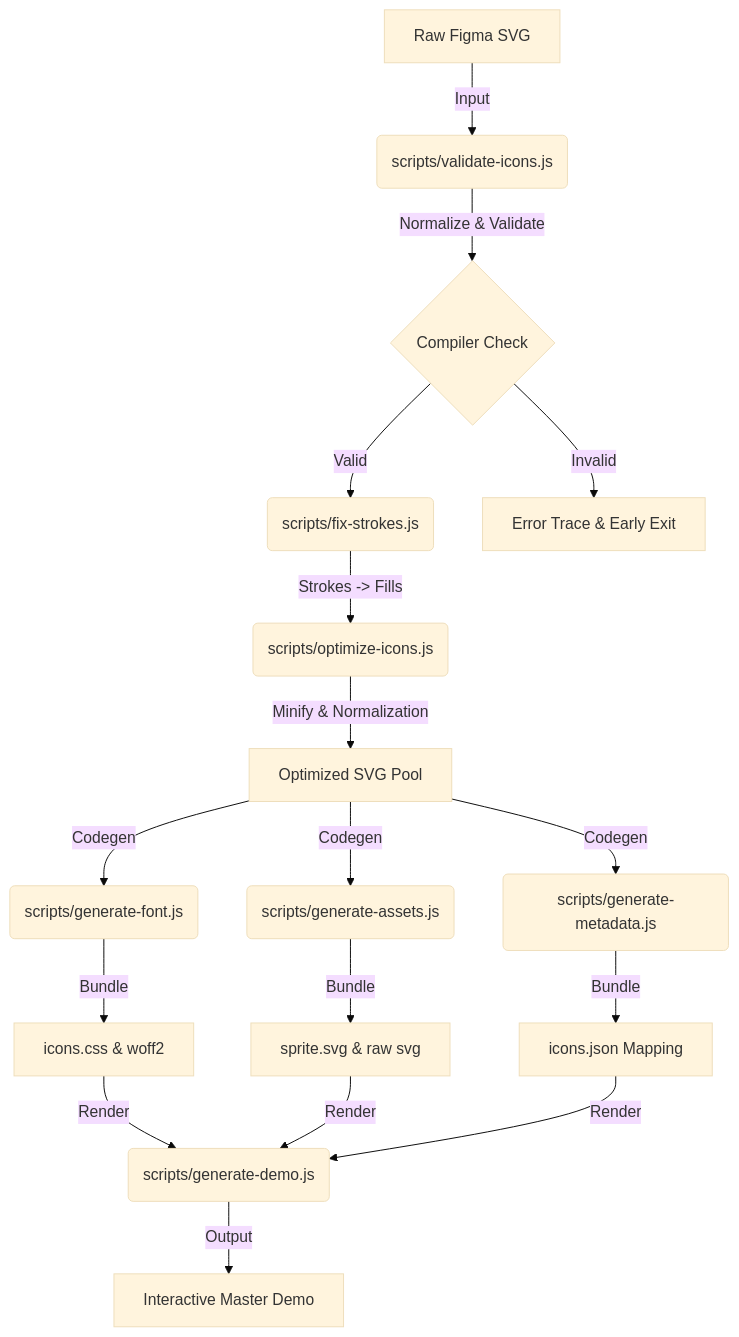
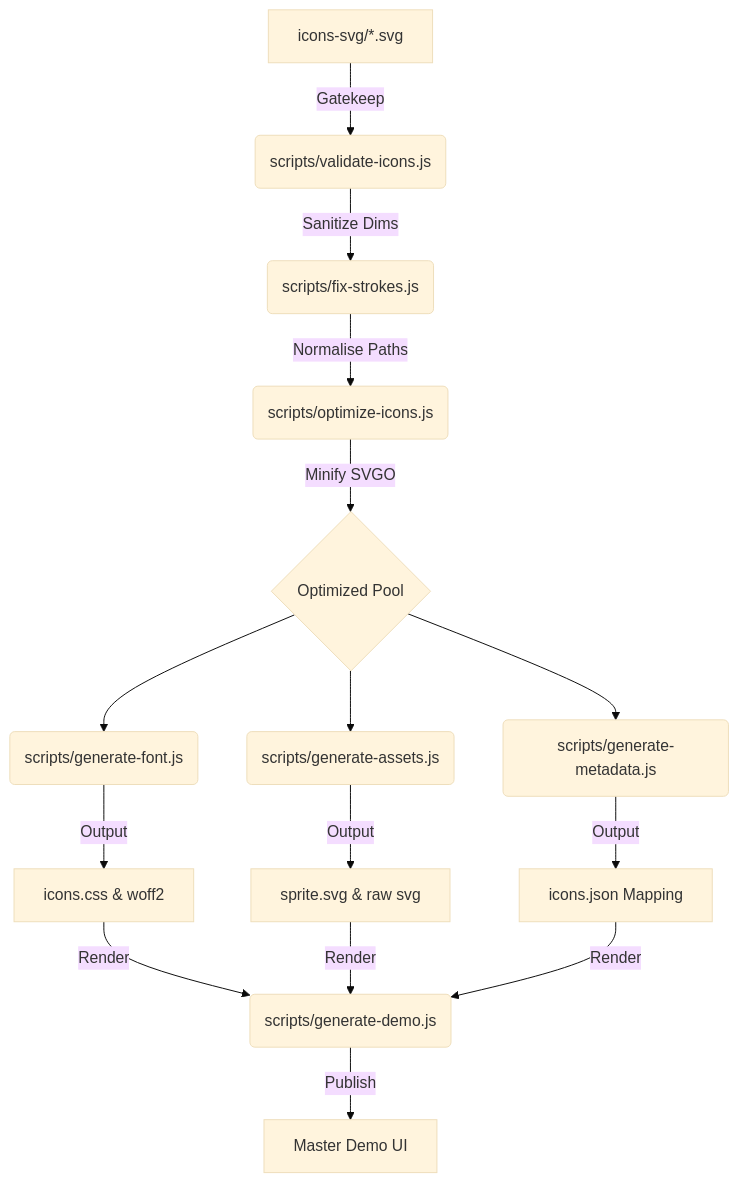
One commit to Ashish-raju/Master-Icon-Library changed the first of 2 diagrams in DOCUMENTATION.md. Above: the diagram before and after it, drawn with Mermaid (base theme). The commit also changed other lines of this file and 154 other files, not shown here.

Commit message:
docs: comprehensive senior-architect documentation sweep and final interaction states polish

````diff
--- a/DOCUMENTATION.md
+++ b/DOCUMENTATION.md
@@ -27,17 +24,18 @@
 ```mermaid
 graph TD
-    A[Raw Figma SVG] -->|Input| B(scripts/validate-icons.js)
-    B -->|Normalize & Validate| C{Compiler Check}
-    C -->|Valid| D(scripts/fix-strokes.js)
-    C -->|Invalid| E[Error Trace & Early Exit]
-    D -->|Strokes -> Fills| F(scripts/optimize-icons.js)
-    F -->|Minify & Normalization| G[Optimized SVG Pool]
-    G -->|Codegen| H(scripts/generate-font.js)
-    G -->|Codegen| I(scripts/generate-assets.js)
-    G -->|Codegen| J(scripts/generate-metadata.js)
-    H -->|Bundle| K[icons.css & woff2]
-    I -->|Bundle| L[sprite.svg & raw svg]
-    J -->|Bundle| M[icons.json Mapping]
-    K & L & M -->|Render| N(scripts/generate-demo.js)
-    N -->|Output| O[Interactive Master Demo]
+    A[icons-svg/*.svg] -->|Gatekeep| B(scripts/validate-icons.js)
+    B -->|Sanitize Dims| C(scripts/fix-strokes.js)
+    C -->|Normalise Paths| D(scripts/optimize-icons.js)
+    D -->|Minify SVGO| E{Optimized Pool}
+    
+    E --> F(scripts/generate-font.js)
+    E --> G(scripts/generate-assets.js)
+    E --> H(scripts/generate-metadata.js)
+    
+    F -->|Output| F1[icons.css & woff2]
+    G -->|Output| G1[sprite.svg & raw svg]
+    H -->|Output| H1[icons.json Mapping]
+    
+    F1 & G1 & H1 -->|Render| I(scripts/generate-demo.js)
+    I -->|Publish| J[Master Demo UI]
 ```
````
